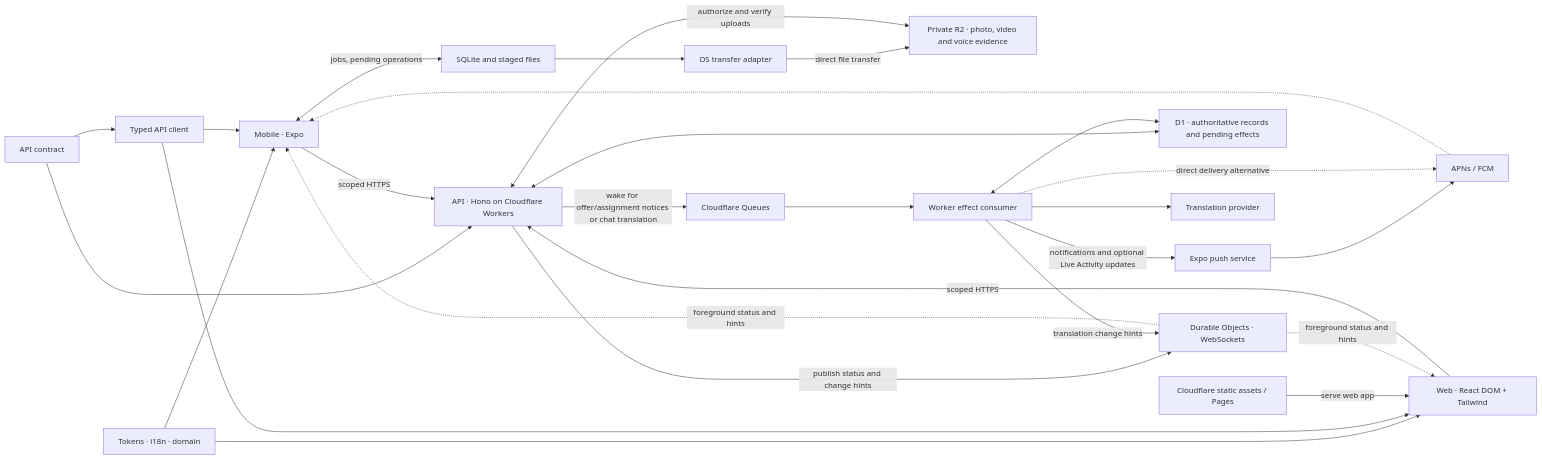
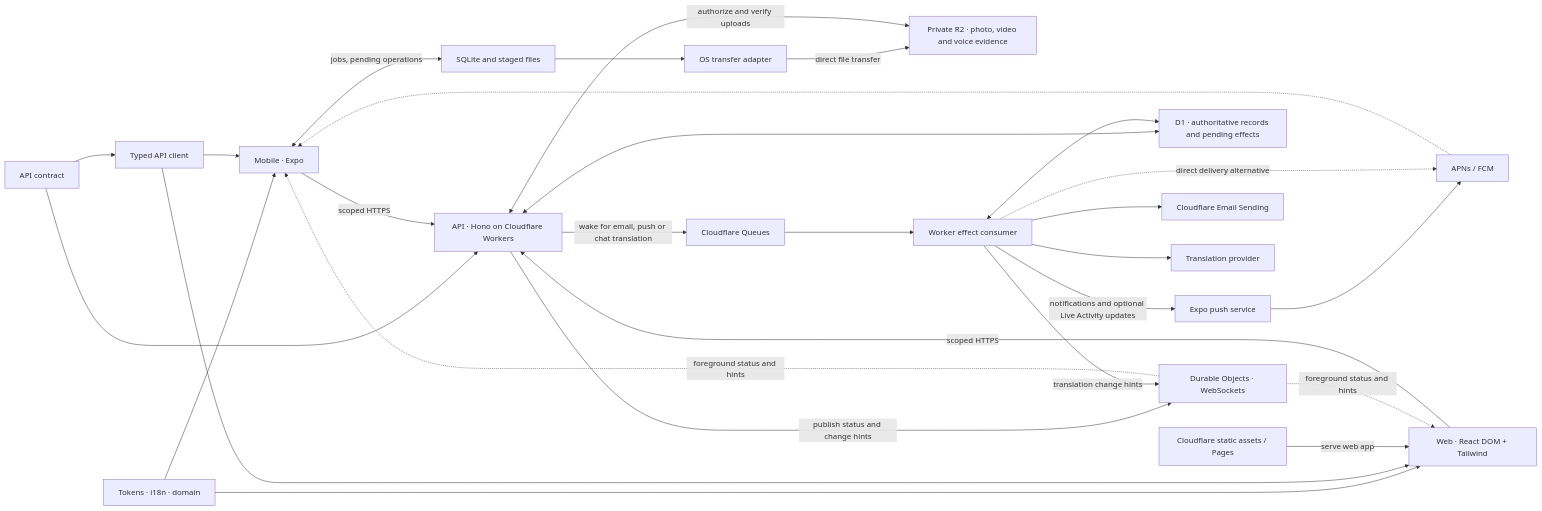
The diagram in docs/architecture/mobile-tech-stack.md (Artimunor/bookbuddy), drawn with Mermaid before and after one commit. The commit also changed other lines of this file and 16 other files, not shown here.

First line of the commit message:
Use Cloudflare Email Sending for outbound mail

````diff
--- a/docs/architecture/mobile-tech-stack.md
+++ b/docs/architecture/mobile-tech-stack.md
@@ -40,29 +41,30 @@
 ```mermaid
 flowchart LR
     Shared["Tokens · i18n · domain"] --> Mobile["Mobile · Expo"]
     Shared --> Web["Web · React DOM + Tailwind"]
     Contract["API contract"] --> Client["Typed API client"]
     Contract --> API["API · Hono on Cloudflare Workers"]
     Client --> Mobile
     Client --> Web
     Assets["Cloudflare static assets / Pages"] -->|"serve web app"| Web
     Mobile <-->|"jobs, pending operations"| Local["SQLite and staged files"]
     Local --> Transfer["OS transfer adapter"]
     Transfer -->|"direct file transfer"| Object["Private R2 · photo, video and voice evidence"]
     Mobile -->|"scoped HTTPS"| API
     Web -->|"scoped HTTPS"| API
     API <-->|"authorize and verify uploads"| Object
     API <--> DB["D1 · authoritative records and pending effects"]
     API -->|"publish status and change hints"| Live["Durable Objects · WebSockets"]
     Live -.->|"foreground status and hints"| Mobile
     Live -.->|"foreground status and hints"| Web
-    API -->|"wake for offer/assignment notices or chat translation"| Queue["Cloudflare Queues"]
+    API -->|"wake for email, push or chat translation"| Queue["Cloudflare Queues"]
     Queue --> Effects["Worker effect consumer"]
     Effects <--> DB
+    Effects --> Email["Cloudflare Email Sending"]
     Effects --> Translate["Translation provider"]
     Effects -->|"translation change hints"| Live
     Effects -->|"notifications and optional Live Activity updates"| Push["Expo push service"]
     Push --> Delivery["APNs / FCM"]
     Delivery -.-> Mobile
     Effects -.->|"direct delivery alternative"| Delivery
 ```
````
